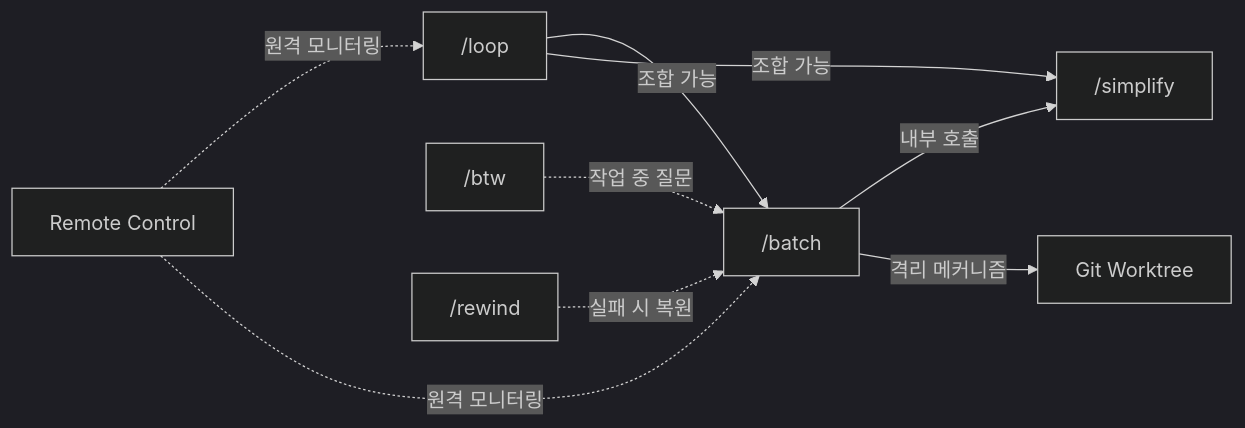
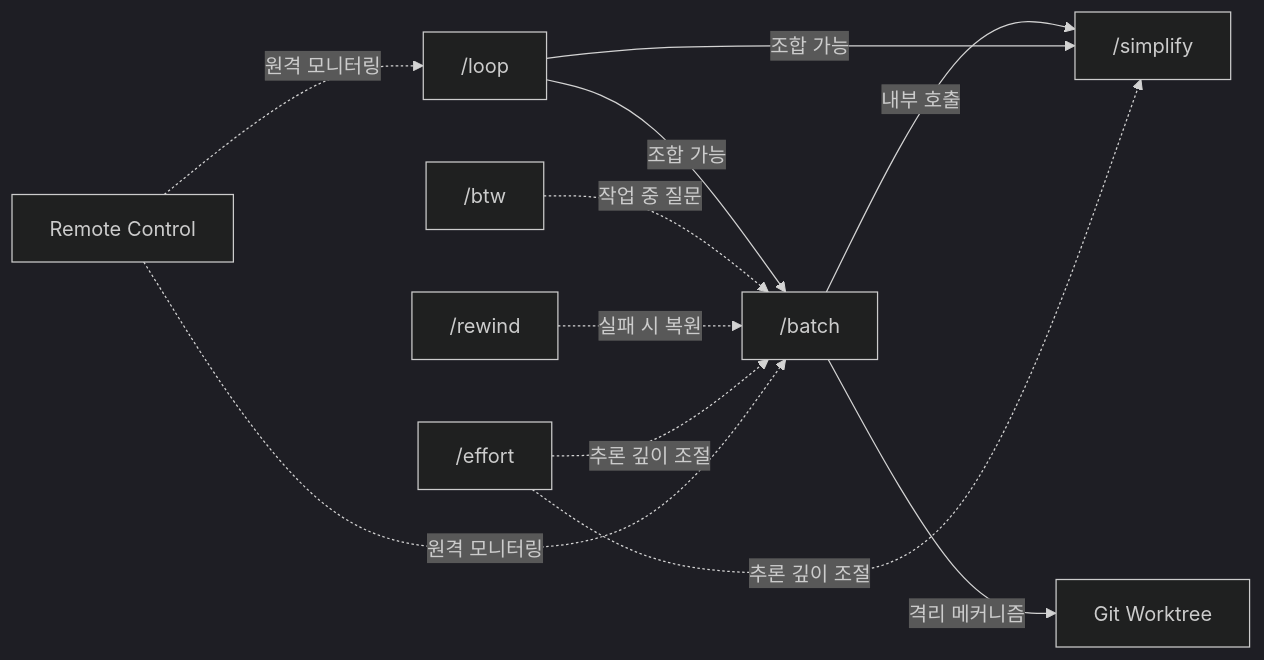
One commit to kenshin579/blog-v2.advenoh.pe.kr changed the fifth of 5 diagrams in docs/start/claude-code-최신-기능-7가지-완벽-가이드/index.md. Above: the diagram before and after it, drawn with Mermaid (dark theme). The commit also changed other lines of this file, not shown here.

First line of the commit message:
docs: /effort 섹션 추가 (Claude Code 최신 기능 가이드) (#412)

````diff
--- a/docs/start/claude-code-최신-기능-7가지-완벽-가이드/index.md
+++ b/docs/start/claude-code-최신-기능-7가지-완벽-가이드/index.md
@@ -545,11 +637,13 @@
 ```mermaid
 flowchart LR
     BATCH["/batch"] -->|"내부 호출"| SIMPLIFY["/simplify"]
     BATCH -->|"격리 메커니즘"| WT["Git Worktree"]
     LOOP["/loop"] -->|"조합 가능"| BATCH
     LOOP -->|"조합 가능"| SIMPLIFY
     BTW["/btw"] -.->|"작업 중 질문"| BATCH
     REWIND["/rewind"] -.->|"실패 시 복원"| BATCH
+    EFFORT["/effort"] -.->|"추론 깊이 조절"| BATCH
+    EFFORT -.->|"추론 깊이 조절"| SIMPLIFY
     RC["Remote Control"] -.->|"원격 모니터링"| LOOP
     RC -.->|"원격 모니터링"| BATCH
 ```
````
